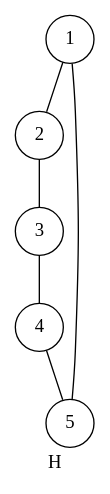
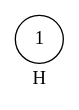
Before and after one commit to h4tguy/gt-hons: the diagram in tut1/115/115cH.dot, drawn with Graphviz. The commit also changed 1 other file, not shown here.

```diff
--- a/tut1/115/115cH.dot
+++ b/tut1/115/115cH.dot
@@ -1,8 +1,8 @@
 graph H {
     splines=true
     overlap=false
     edge [len=2]
     node [shape=circle]
     label="H"
-    1 -- 2 -- 3 -- 4 -- 5 -- 1
+    1 
 }
```
